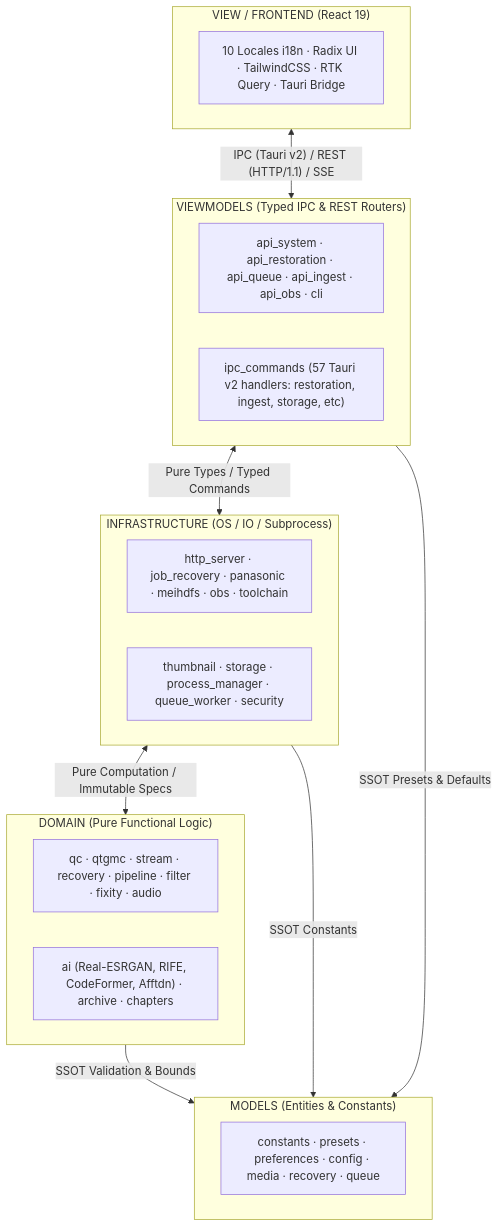
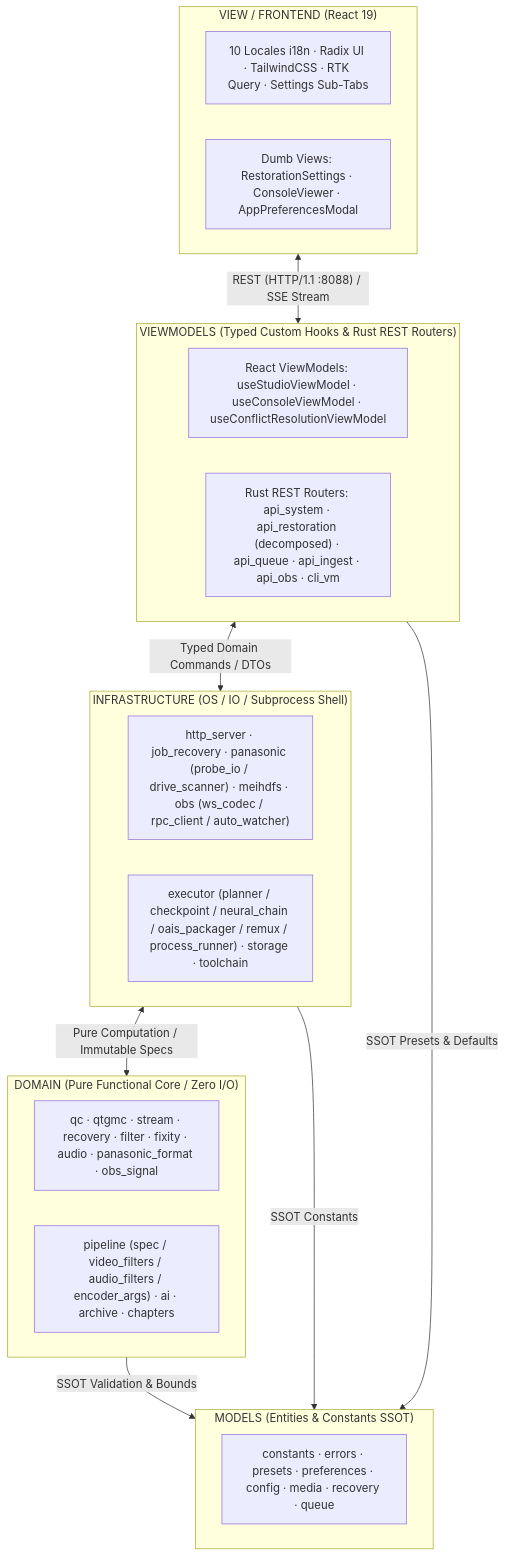
One commit to orgchrono/vhs-capture-scripts changed the first of 3 diagrams in docs/ARCHITECTURE.md. Above: the diagram before and after it, drawn with Mermaid. The commit also changed other lines of this file and 118 other files, not shown here.

Commit message:
feat: initialize core backend architecture and frontend UI components for VHS capture and restoration suite

````diff
--- a/docs/ARCHITECTURE.md
+++ b/docs/ARCHITECTURE.md
@@ -32,32 +32,33 @@
 ```mermaid
 graph TD
     subgraph VIEW["VIEW / FRONTEND (React 19)"]
-        V1["10 Locales i18n · Radix UI · TailwindCSS · RTK Query · Tauri Bridge"]
+        V1["10 Locales i18n · Radix UI · TailwindCSS · RTK Query · Settings Sub-Tabs"]
+        V2["Dumb Views: RestorationSettings · ConsoleViewer · AppPreferencesModal"]
     end
 
-    subgraph VIEWMODELS["VIEWMODELS (Typed IPC & REST Routers)"]
-        VM1["api_system · api_restoration · api_queue · api_ingest · api_obs · cli"]
-        VM2["ipc_commands (57 Tauri v2 handlers: restoration, ingest, storage, etc)"]
+    subgraph VIEWMODELS["VIEWMODELS (Typed Custom Hooks & Rust REST Routers)"]
+        VM1["React ViewModels: useStudioViewModel · useConsoleViewModel · useConflictResolutionViewModel"]
+        VM2["Rust REST Routers: api_system · api_restoration (decomposed) · api_queue · api_ingest · api_obs · cli_vm"]
     end
 
-    subgraph INFRASTRUCTURE["INFRASTRUCTURE (OS / IO / Subprocess)"]
-        INF1["http_server · job_recovery · panasonic · meihdfs · obs · toolchain"]
-        INF2["thumbnail · storage · process_manager · queue_worker · security"]
+    subgraph INFRASTRUCTURE["INFRASTRUCTURE (OS / IO / Subprocess Shell)"]
+        INF1["http_server · job_recovery · panasonic (probe_io / drive_scanner) · meihdfs · obs (ws_codec / rpc_client / auto_watcher)"]
+        INF2["executor (planner / checkpoint / neural_chain / oais_packager / remux / process_runner) · storage · toolchain"]
     end
 
-    subgraph DOMAIN["DOMAIN (Pure Functional Logic)"]
-        DOM1["qc · qtgmc · stream · recovery · pipeline · filter · fixity · audio"]
-        DOM2["ai (Real-ESRGAN, RIFE, CodeFormer, Afftdn) · archive · chapters"]
+    subgraph DOMAIN["DOMAIN (Pure Functional Core / Zero I/O)"]
+        DOM1["qc · qtgmc · stream · recovery · filter · fixity · audio · panasonic_format · obs_signal"]
+        DOM2["pipeline (spec / video_filters / audio_filters / encoder_args) · ai · archive · chapters"]
     end
 
-    subgraph MODELS["MODELS (Entities & Constants)"]
-        MOD1["constants · presets · preferences · config · media · recovery · queue"]
+    subgraph MODELS["MODELS (Entities & Constants SSOT)"]
+        MOD1["constants · errors · presets · preferences · config · media · recovery · queue"]
     end
 
-    VIEW <-->|"IPC (Tauri v2) / REST (HTTP/1.1) / SSE"| VIEWMODELS
-    VIEWMODELS <-->|"Pure Types / Typed Commands"| INFRASTRUCTURE
+    VIEW <-->|"REST (HTTP/1.1 :8088) / SSE Stream"| VIEWMODELS
+    VIEWMODELS <-->|"Typed Domain Commands / DTOs"| INFRASTRUCTURE
     INFRASTRUCTURE <-->|"Pure Computation / Immutable Specs"| DOMAIN
     DOMAIN -->|"SSOT Validation & Bounds"| MODELS
     INFRASTRUCTURE -->|"SSOT Constants"| MODELS
     VIEWMODELS -->|"SSOT Presets & Defaults"| MODELS
 ```
````
